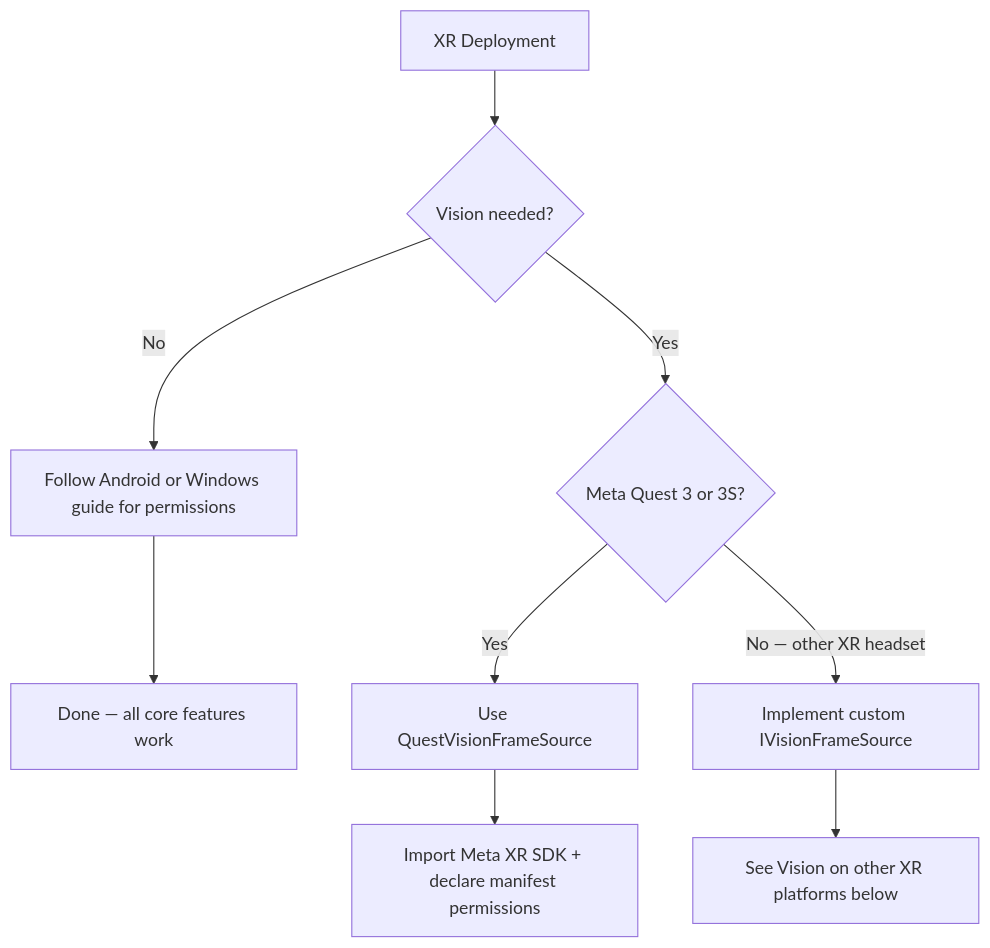
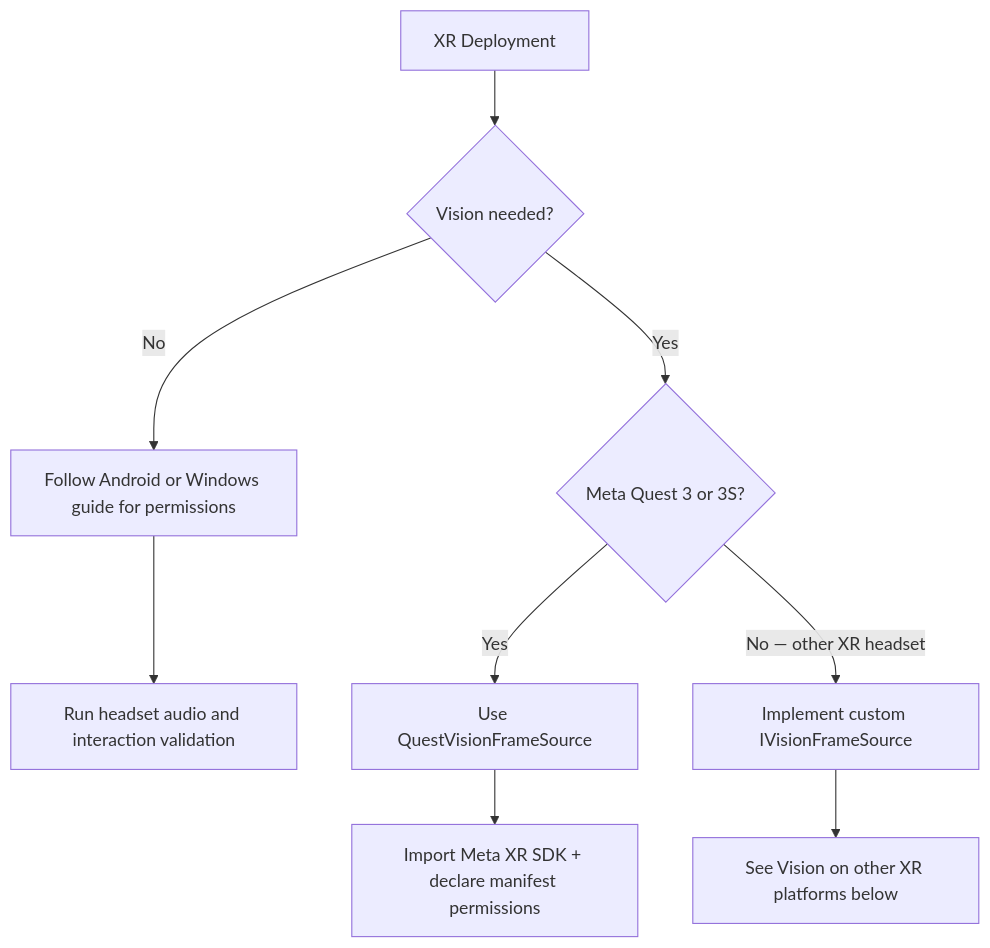
The diagram in plugins-and-integrations/convai-unity-sdk/platform-guides/xr-headsets.md (Conv-AI/Convai-Documentation), drawn with Mermaid before and after one commit. The commit also changed other lines of this file and 118 other files, not shown here.

````diff
--- a/plugins-and-integrations/convai-unity-sdk/platform-guides/xr-headsets.md
+++ b/plugins-and-integrations/convai-unity-sdk/platform-guides/xr-headsets.md
@@ -40,11 +42,11 @@
 ```mermaid
 graph TD
     A[XR Deployment] --> B{Vision needed?}
     B -->|No| C[Follow Android or Windows guide for permissions]
-    C --> D[Done — all core features work]
+    C --> D[Run headset audio and interaction validation]
     B -->|Yes| E{Meta Quest 3 or 3S?}
     E -->|Yes| F[Use QuestVisionFrameSource]
     F --> G[Import Meta XR SDK + declare manifest permissions]
     E -->|No — other XR headset| H[Implement custom IVisionFrameSource]
     H --> I[See Vision on other XR platforms below]
 ```
````
